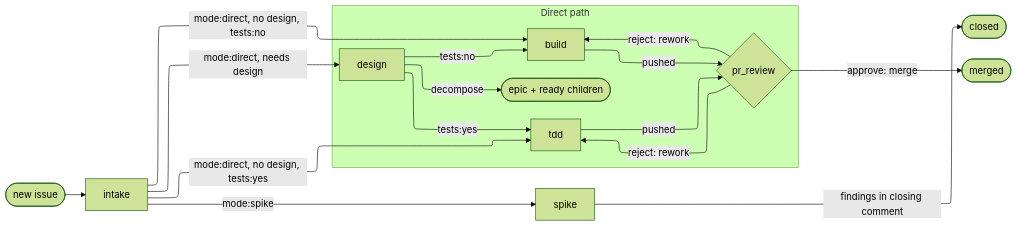
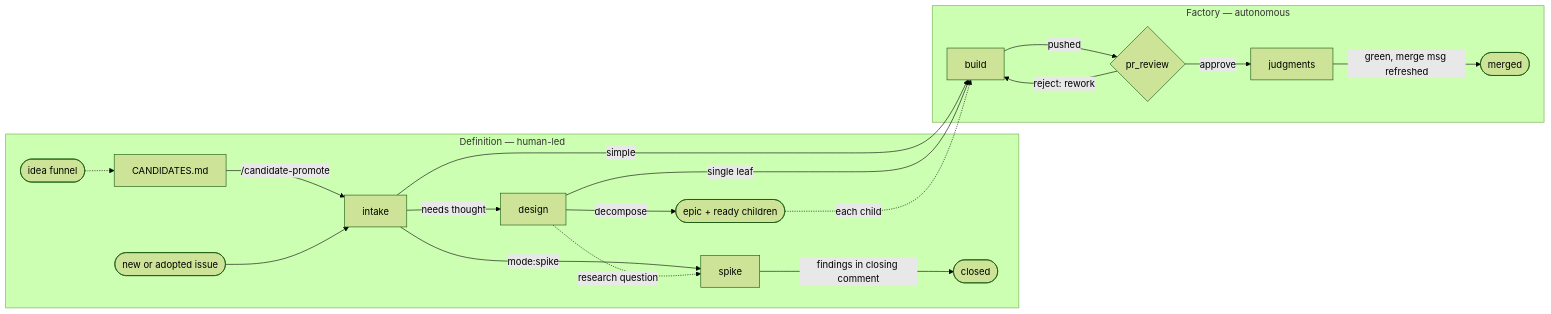
Before and after one commit to GeoffNordling/dev-playbook: the diagram in software-factory/software-factory.md, drawn with Mermaid (forest theme). The commit also changed other lines of this file and 22 other files, not shown here.

First line of the commit message:
Split software-factory.md into three docs around the ratified graph

````diff
--- a/software-factory/software-factory.md
+++ b/software-factory/software-factory.md
@@ -42,22 +34,24 @@
 ```mermaid
-%%{init: {'flowchart': {'defaultRenderer': 'elk'}}}%%
 flowchart LR
-    new([new issue]) --> intake[intake]
-    intake -->|mode:direct, needs design| design[design]
-    intake -->|mode:direct, no design, tests:yes| tdd[tdd]
-    intake -->|mode:direct, no design, tests:no| build[build]
-    intake -->|mode:spike| spike[spike]
-
-    subgraph direct[Direct path]
-        design -->|tests:yes| tdd
-        design -->|tests:no| build
-        design -->|decompose| decomposed([epic + ready children])
-        tdd -->|pushed| pr_review{pr_review}
-        build -->|pushed| pr_review
-        pr_review -->|reject: rework| tdd
-        pr_review -->|reject: rework| build
+    subgraph definition[Definition — human-led]
+        ideas([idea funnel]) -.-> cand[CANDIDATES.md]
+        cand -->|/candidate-promote| intake[intake]
+        stub([new or adopted issue]) --> intake
+        intake -->|needs thought| design[design]
+        intake -->|mode:spike| spike[spike]
+        design -.->|research question| spike
+        design -->|decompose| epic([epic + ready children])
+        spike -->|findings in closing comment| closed([closed])
     end
 
-    spike -->|findings in closing comment| closed([closed])
-    pr_review -->|approve: merge| done([merged])
+    subgraph factory[Factory — autonomous]
+        build[build] -->|pushed| pr_review{pr_review}
+        pr_review -->|reject: rework| build
+        pr_review -->|approve| judgments[judgments]
+        judgments -->|green, merge msg refreshed| done([merged])
+    end
+
+    intake -->|simple| build
+    design -->|single leaf| build
+    epic -.->|each child| build
 ```
````
